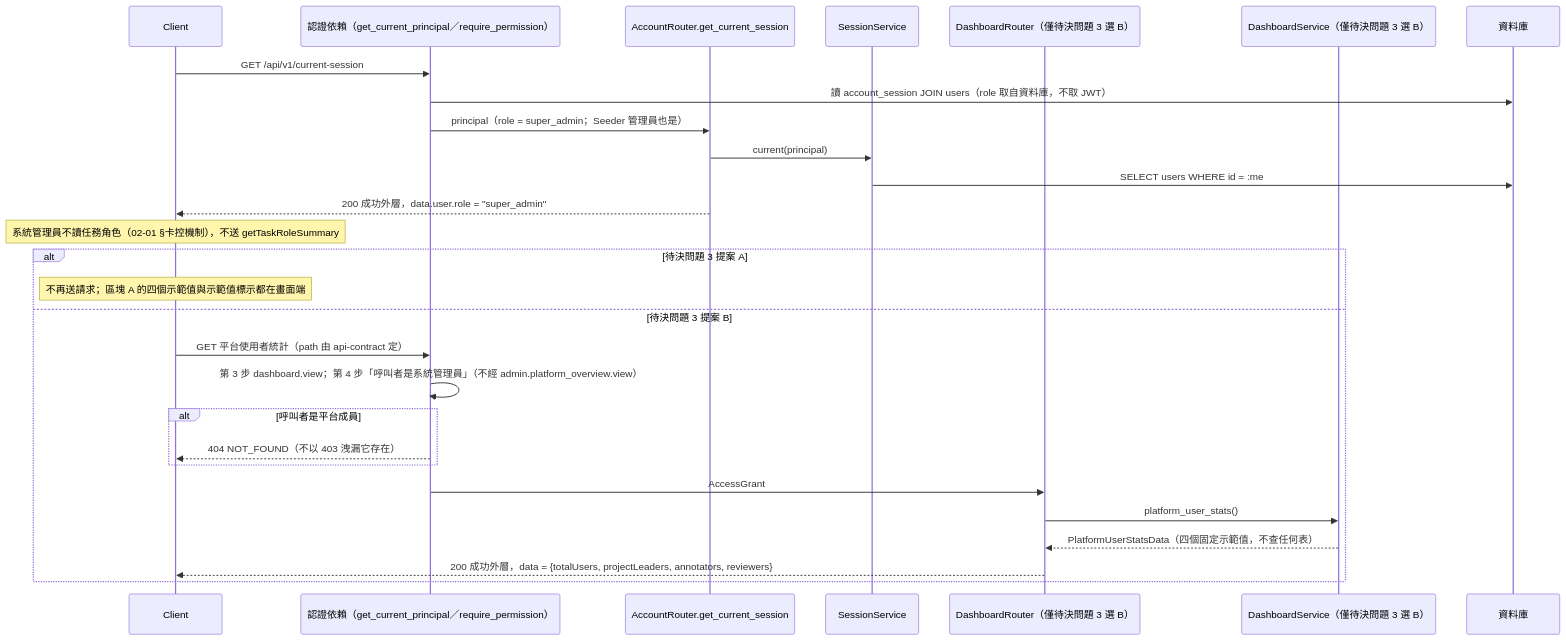
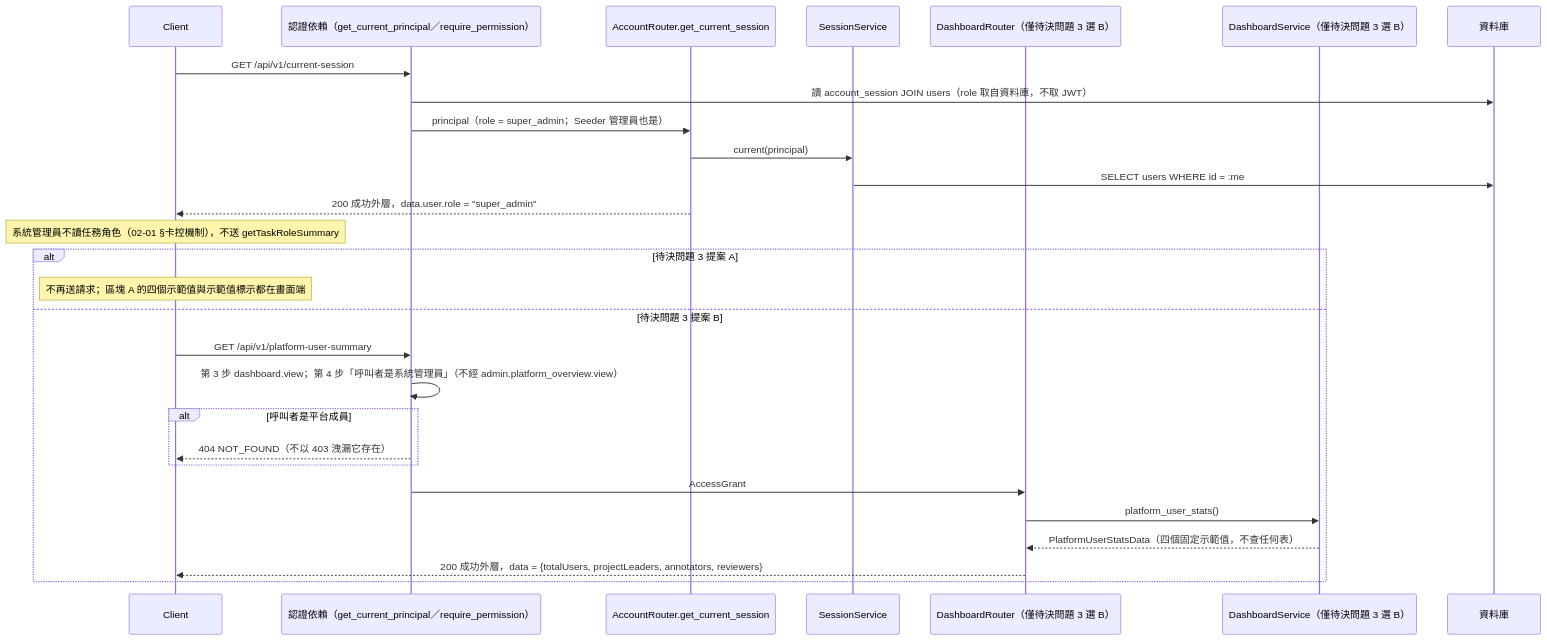
One commit to label-suite/label-suite changed the sixth of 9 diagrams in openspec/changes/dashboard-shell/system-design.md. Above: the diagram before and after it, drawn with Mermaid. The commit also changed other lines of this file and 1 other file, not shown here.

First line of the commit message:
docs: add the API contract for dashboard-shell (#722)

````diff
--- a/openspec/changes/dashboard-shell/system-design.md
+++ b/openspec/changes/dashboard-shell/system-design.md
@@ -283,30 +283,30 @@
 ```mermaid
 sequenceDiagram
   participant C as Client
   participant G as 認證依賴（get_current_principal／require_permission）
   participant AR as AccountRouter.get_current_session
   participant AS as SessionService
   participant DR as DashboardRouter（僅待決問題 3 選 B）
   participant DS as DashboardService（僅待決問題 3 選 B）
   participant DB as 資料庫
   C->>G: GET /api/v1/current-session
   G->>DB: 讀 account_session JOIN users（role 取自資料庫，不取 JWT）
   G->>AR: principal（role = super_admin；Seeder 管理員也是）
   AR->>AS: current(principal)
   AS->>DB: SELECT users WHERE id = :me
   AR-->>C: 200 成功外層，data.user.role = "super_admin"
   Note over C: 系統管理員不讀任務角色（02-01 §卡控機制），不送 getTaskRoleSummary
   alt 待決問題 3 提案 A
     Note over C: 不再送請求；區塊 A 的四個示範值與示範值標示都在畫面端
   else 待決問題 3 提案 B
-    C->>G: GET 平台使用者統計（path 由 api-contract 定）
+    C->>G: GET /api/v1/platform-user-summary
     G->>G: 第 3 步 dashboard.view；第 4 步「呼叫者是系統管理員」（不經 admin.platform_overview.view）
     alt 呼叫者是平台成員
       G-->>C: 404 NOT_FOUND（不以 403 洩漏它存在）
     end
     G->>DR: AccessGrant
     DR->>DS: platform_user_stats()
     DS-->>DR: PlatformUserStatsData（四個固定示範值，不查任何表）
     DR-->>C: 200 成功外層，data = {totalUsers, projectLeaders, annotators, reviewers}
   end
 ```
````
